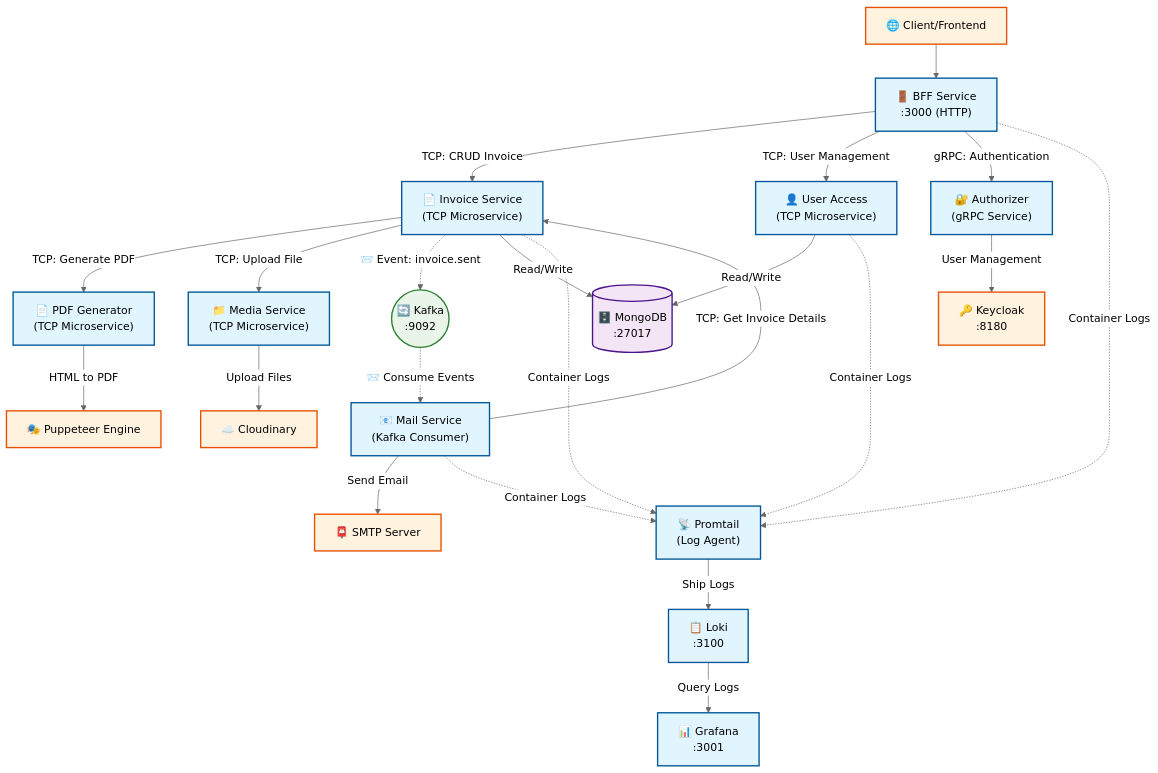
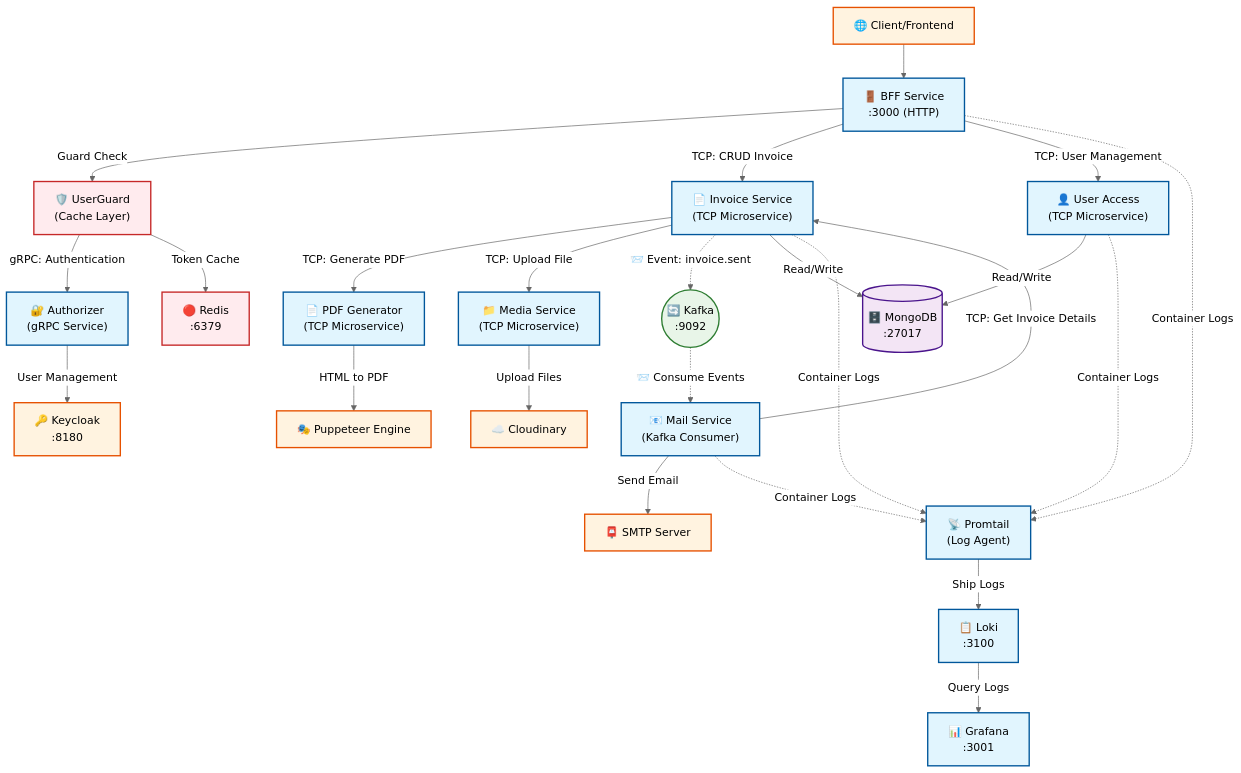
One commit to thanhmati/einvoice-backend changed the first of 7 diagrams in TEACHING_GUIDE.md. Above: the diagram before and after it, drawn with Mermaid (neutral theme). The commit also changed other lines of this file and 2 other files, not shown here.

Commit message:
Implement Redis cache layer for authentication and performance optimization

````diff
--- a/TEACHING_GUIDE.md
+++ b/TEACHING_GUIDE.md
@@ -50,56 +51,64 @@
 ```mermaid
 graph TB
     %% External Layer
     Client["🌐 Client/Frontend"] --> BFF["🚪 BFF Service<br/>:3000 (HTTP)"]
     
+    %% BFF Layer with Guard
+    BFF -->|"Guard Check"| UserGuard["🛡️ UserGuard<br/>(Cache Layer)"]
+    UserGuard -->|"gRPC: Authentication"| Auth["🔐 Authorizer<br/>(gRPC Service)"]
+    
     %% BFF TCP Connections
     BFF -->|"TCP: CRUD Invoice"| Invoice["📄 Invoice Service<br/>(TCP Microservice)"]
     BFF -->|"TCP: User Management"| UserAccess["👤 User Access<br/>(TCP Microservice)"]
-    BFF -->|"gRPC: Authentication"| Auth["🔐 Authorizer<br/>(gRPC Service)"]
     
     %% Invoice Service TCP Connections
     Invoice -->|"TCP: Generate PDF"| PDF["📄 PDF Generator<br/>(TCP Microservice)"]
     Invoice -->|"TCP: Upload File"| Media["📁 Media Service<br/>(TCP Microservice)"]
     
     %% Mail Service Connections
     Mail -->|"TCP: Get Invoice Details"| Invoice
     
     %% Kafka Asynchronous Events
     Invoice -.->|"📨 Event: invoice.sent"| Kafka(("🔄 Kafka<br/>:9092"))
     Kafka -.->|"📨 Consume Events"| Mail["📧 Mail Service<br/>(Kafka Consumer)"]
     
     %% Database Connections
     Invoice -->|"Read/Write"| MongoDB[("🗄️ MongoDB<br/>:27017")]
     UserAccess -->|"Read/Write"| MongoDB
+    
+    %% Cache Layer
+    UserGuard -->|"Token Cache"| Redis["🔴 Redis<br/>:6379"]
     
     %% External Services
     Media -->|"Upload Files"| Cloudinary["☁️ Cloudinary"]
     PDF -->|"HTML to PDF"| Puppeteer["🎭 Puppeteer Engine"]
     Mail -->|"Send Email"| SMTP["📮 SMTP Server"]
     Auth -->|"User Management"| Keycloak["🔑 Keycloak<br/>:8180"]
     
     %% Logging Infrastructure
     Promtail["📡 Promtail<br/>(Log Agent)"]
     Loki["📋 Loki<br/>:3100"]
     Grafana["📊 Grafana<br/>:3001"]
     
     %% Log Flow
     BFF -.->|"Container Logs"| Promtail
     Invoice -.->|"Container Logs"| Promtail
     UserAccess -.->|"Container Logs"| Promtail
     Mail -.->|"Container Logs"| Promtail
     Promtail -->|"Ship Logs"| Loki
     Loki -->|"Query Logs"| Grafana
     
     %% Styling
     classDef serviceBox fill:#e1f5fe,stroke:#01579b,stroke-width:2px
     classDef dbBox fill:#f3e5f5,stroke:#4a148c,stroke-width:2px
     classDef externalBox fill:#fff3e0,stroke:#e65100,stroke-width:2px
     classDef eventBox fill:#e8f5e8,stroke:#2e7d32,stroke-width:2px
+    classDef cacheBox fill:#ffebee,stroke:#c62828,stroke-width:2px
     
     class BFF,Invoice,UserAccess,Auth,PDF,Media,Mail serviceBox
+    class UserGuard,Redis cacheBox
     class MongoDB dbBox
     class Client,Cloudinary,Puppeteer,SMTP,Keycloak externalBox
     class Kafka eventBox
     class Promtail,Loki,Grafana serviceBox
 ```
````
